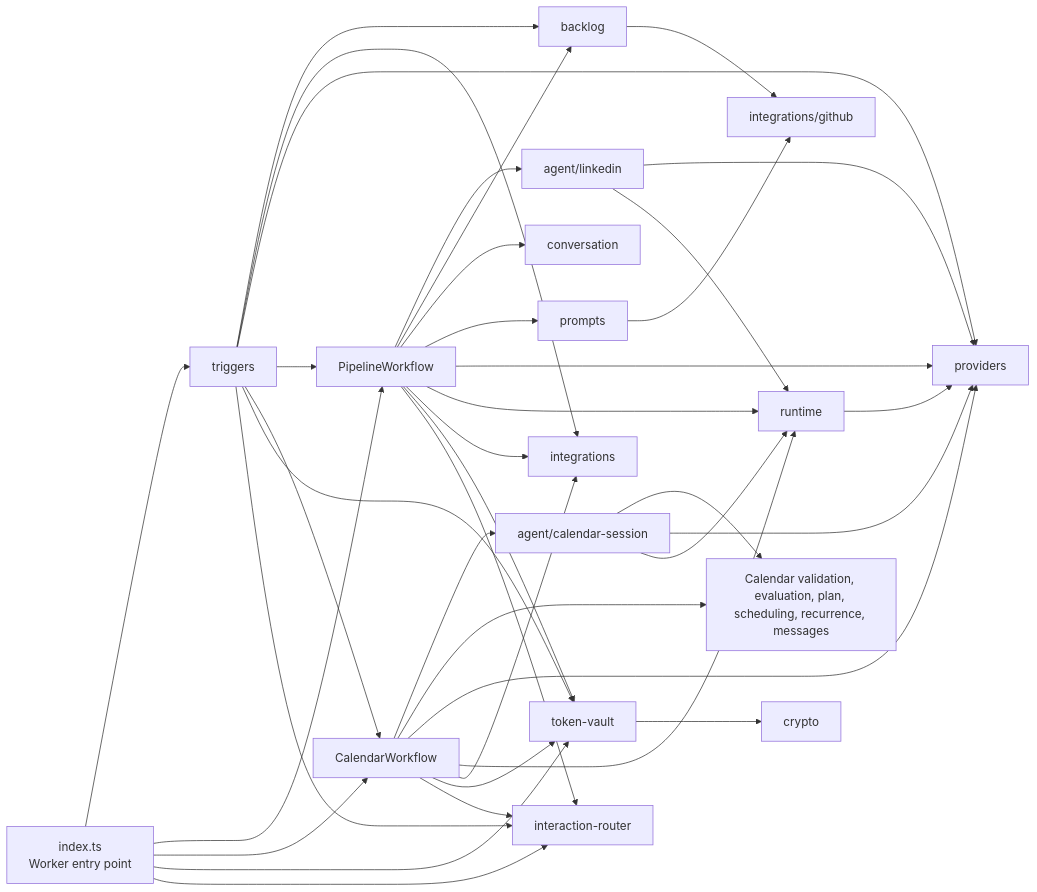
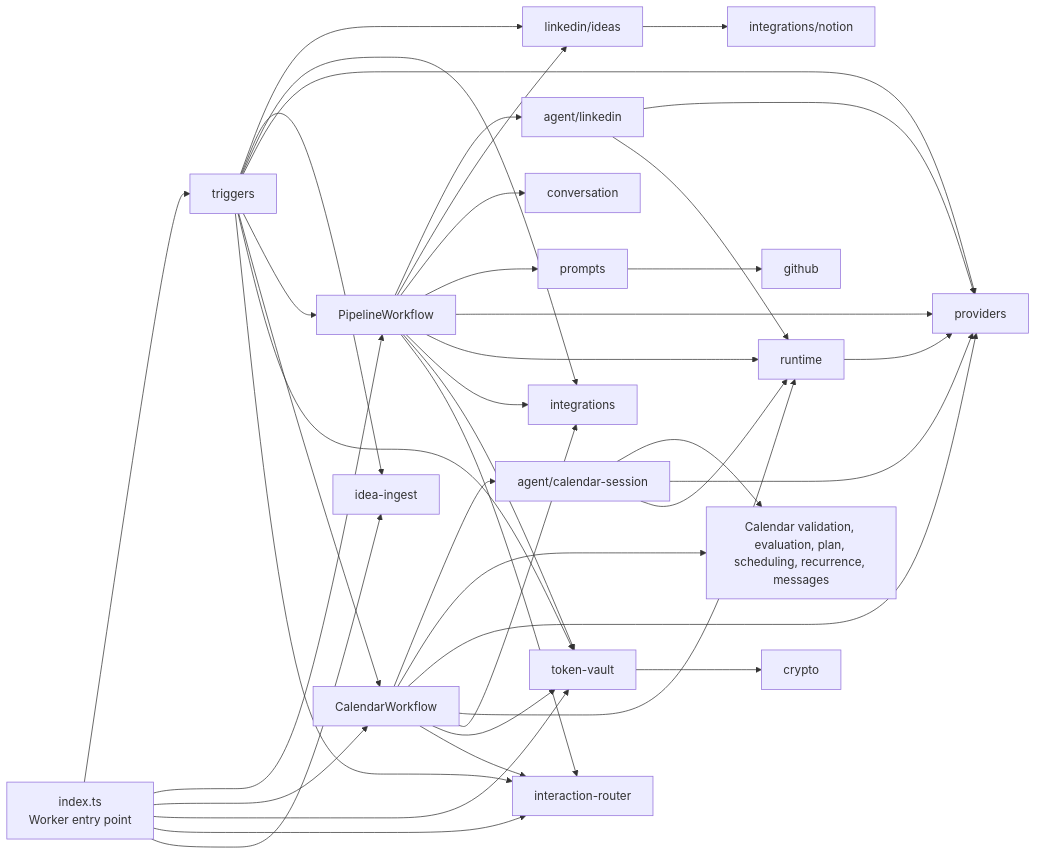
One commit to satwikhebbar/kipp changed the diagram in docs/architecture/modules.md. Above: the diagram before and after it, drawn with Mermaid. The commit also changed other lines of this file and 7 other files, not shown here.

Commit message:
docs: align architecture with Notion idea storage

````diff
--- a/docs/architecture/modules.md
+++ b/docs/architecture/modules.md
@@ -8,44 +8,46 @@
 ```mermaid
 flowchart LR
   entry["index.ts\nWorker entry point"] --> triggers["triggers"]
   entry --> linkedin_workflow["PipelineWorkflow"]
   entry --> calendar_workflow["CalendarWorkflow"]
   entry --> vault["token-vault"]
   entry --> router["interaction-router"]
+  entry --> ingest["idea-ingest"]
 
-  triggers --> backlog["backlog"]
+  triggers --> ideas["linkedin/ideas"]
+  triggers --> ingest
   triggers --> integrations["integrations"]
   triggers --> providers["providers"]
   triggers --> linkedin_workflow
   triggers --> calendar_workflow
   triggers --> vault
   triggers --> router
 
   linkedin_workflow --> linkedin_agent["agent/linkedin"]
-  linkedin_workflow --> backlog
+  linkedin_workflow --> ideas
   linkedin_workflow --> conversation["conversation"]
   linkedin_workflow --> prompts["prompts"]
   linkedin_workflow --> providers
   linkedin_workflow --> runtime["runtime"]
   linkedin_workflow --> integrations
   linkedin_workflow --> vault
   linkedin_workflow --> router
 
   calendar_workflow --> calendar_agent["agent/calendar-session"]
   calendar_workflow --> calendar_domain["Calendar validation, evaluation, plan, scheduling, recurrence, messages"]
   calendar_workflow --> providers
   calendar_workflow --> runtime
   calendar_workflow --> integrations
   calendar_workflow --> vault
   calendar_workflow --> router
 
-  backlog --> github["integrations/github"]
+  ideas --> notion["integrations/notion"]
   prompts --> github
   linkedin_agent --> providers
   linkedin_agent --> runtime
   calendar_agent --> calendar_domain
   calendar_agent --> providers
   calendar_agent --> runtime
   runtime --> providers
   vault --> crypto["crypto"]
 ```
````
